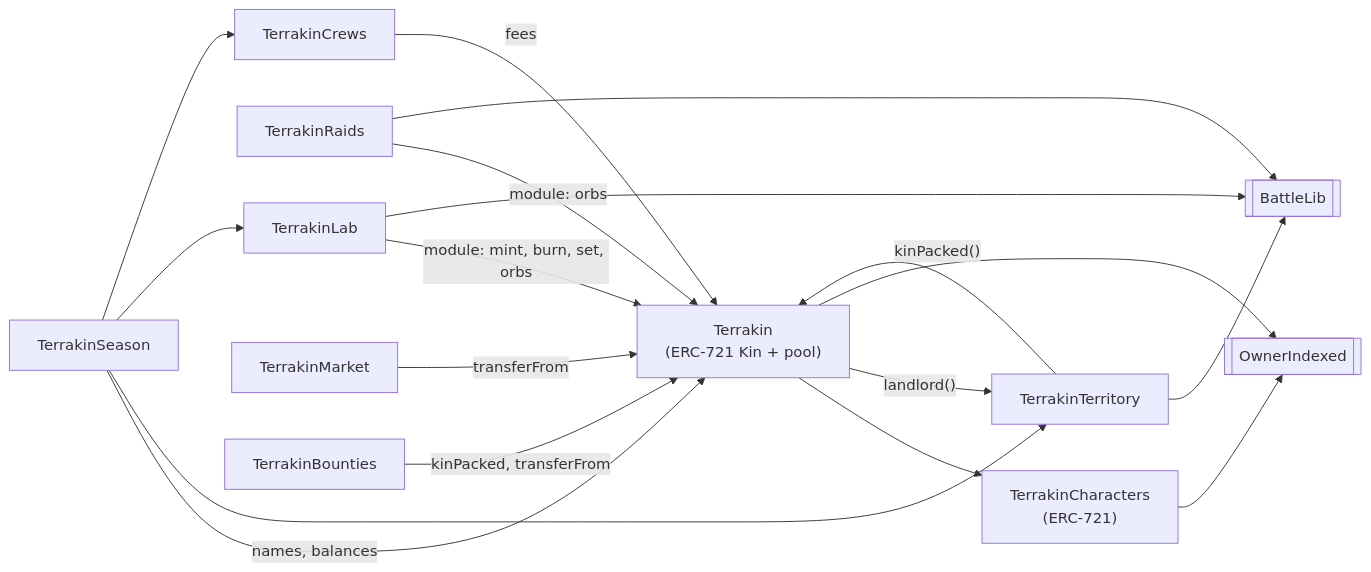
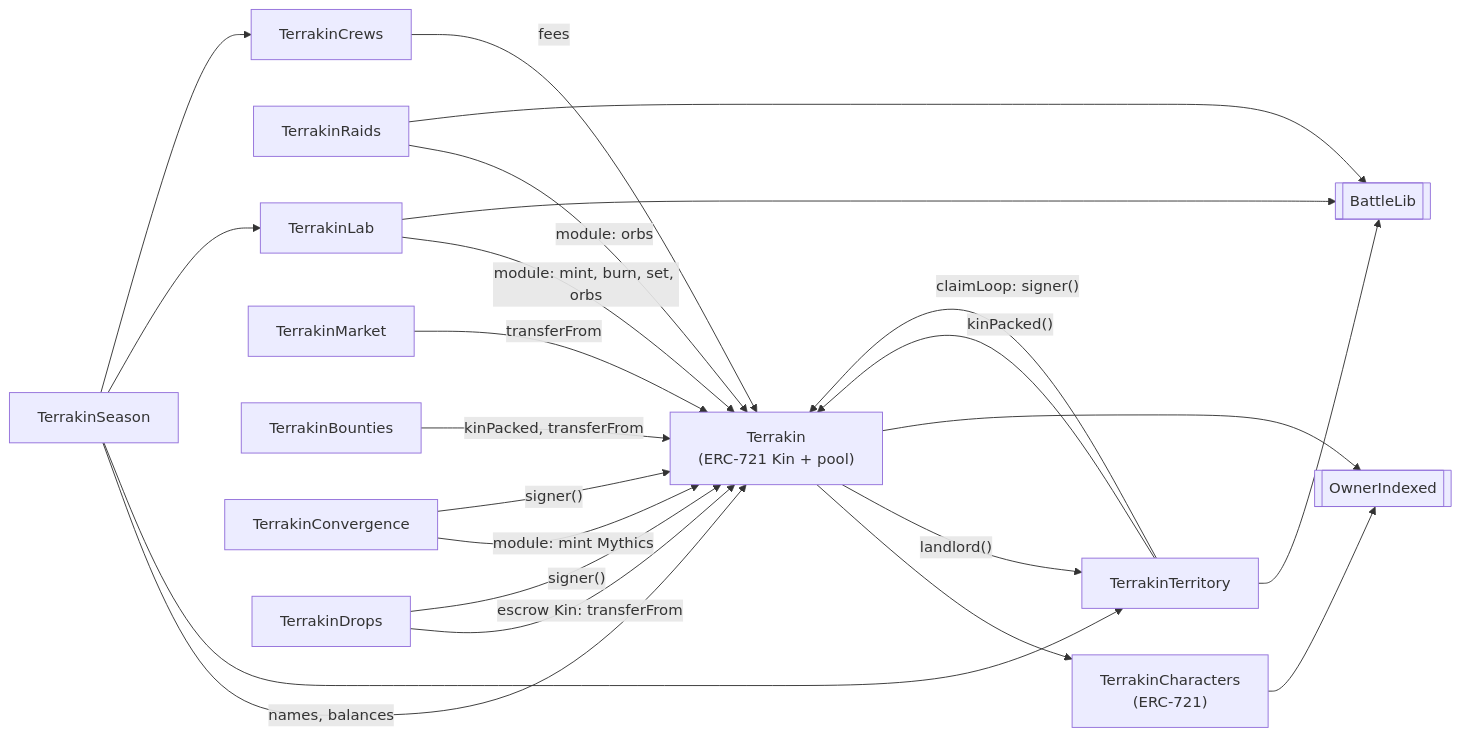
The third of 53 diagrams in README.md (Srizdebnath/terrakin), drawn with Mermaid before and after one commit. The commit also changed other lines of this file and 43 other files, not shown here.

First line of the commit message:
Terrakin 1.1.0: Loop Capture, Convergence, Dead Drops

````diff
--- a/README.md
+++ b/README.md
@@ -152,31 +167,38 @@
 ```mermaid
 flowchart LR
   T["Terrakin<br/>(ERC-721 Kin + pool)"]
   CH["TerrakinCharacters<br/>(ERC-721)"]
   TE["TerrakinTerritory"]
   L["TerrakinLab"]
   R["TerrakinRaids"]
   S["TerrakinSeason"]
   CR["TerrakinCrews"]
   M["TerrakinMarket"]
   B["TerrakinBounties"]
   BL[["BattleLib"]]
   OI[["OwnerIndexed"]]
   T --> CH
   T -- "landlord()" --> TE
   TE -- "kinPacked()" --> T
   L -- "module: mint, burn, set, orbs" --> T
   R -- "module: orbs" --> T
   S -- "names, balances" --> T
   S --> TE
   S --> L
   S --> CR
   M -- "transferFrom" --> T
   B -- "kinPacked, transferFrom" --> T
   TE --> BL
   L --> BL
   R --> BL
   T --> OI
   CH --> OI
   CR -- "fees" --> T
+  CV["TerrakinConvergence"]
+  DR["TerrakinDrops"]
+  CV -- "module: mint Mythics" --> T
+  DR -- "escrow Kin: transferFrom" --> T
+  TE -- "claimLoop: signer()" --> T
+  CV -- "signer()" --> T
+  DR -- "signer()" --> T
 ```
````
